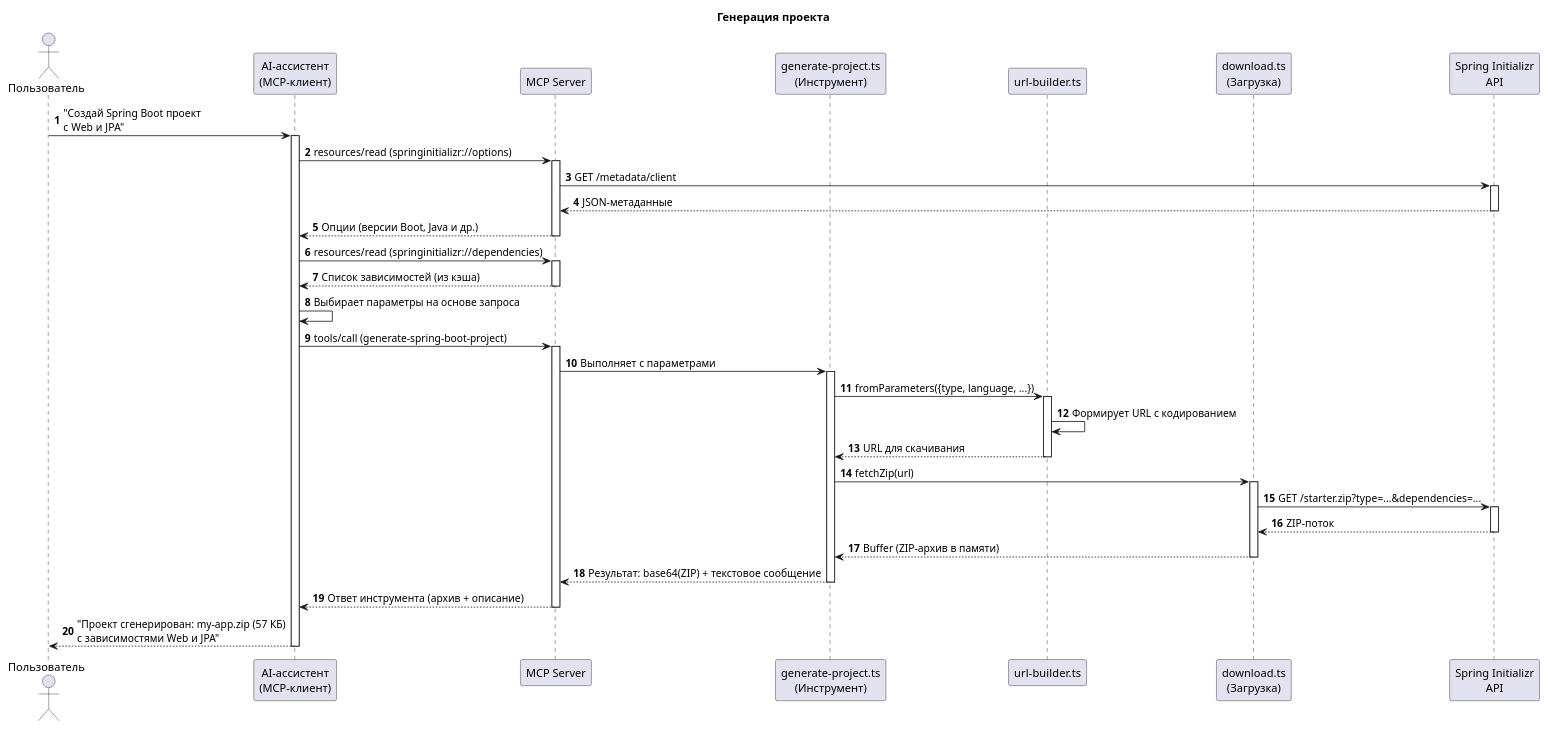
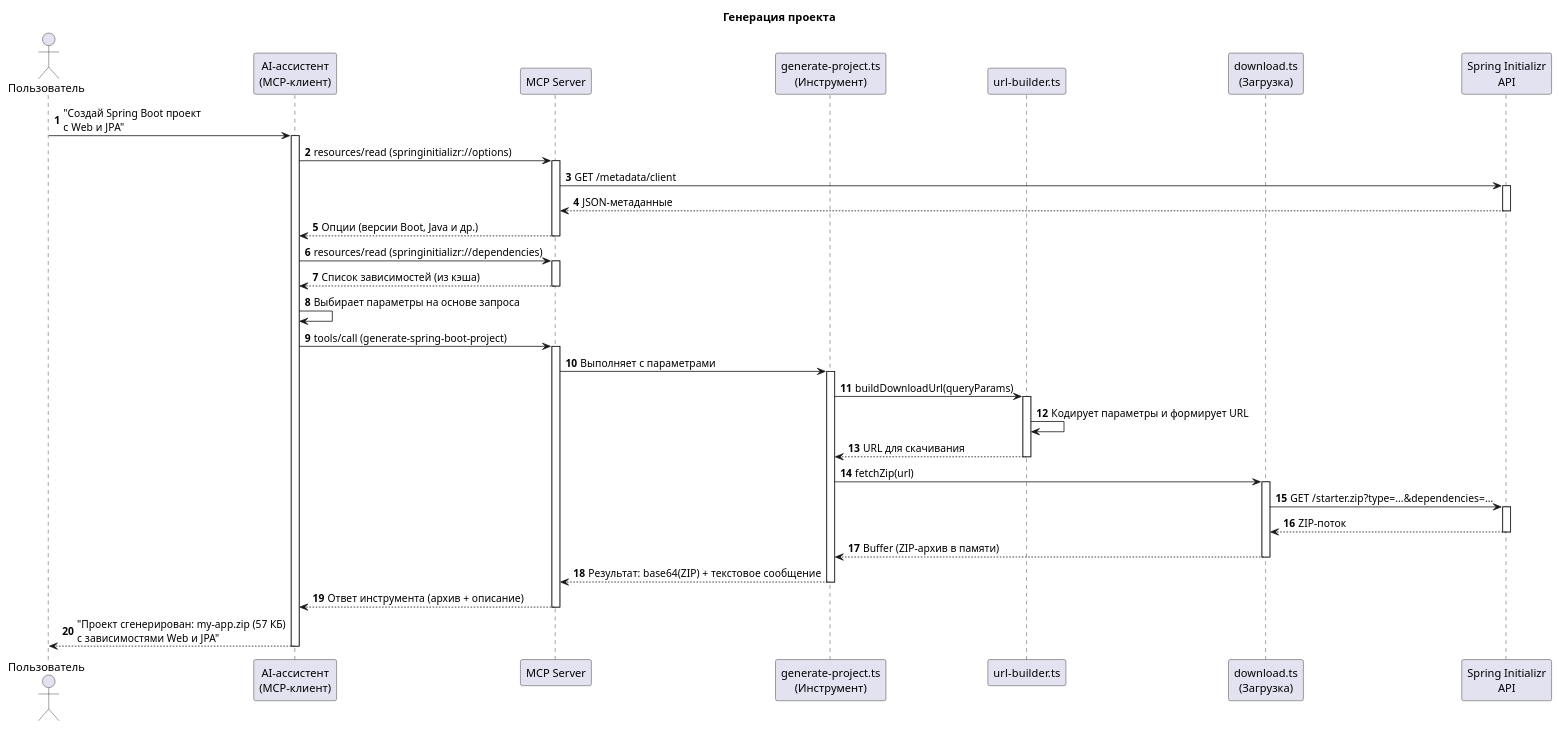
Before and after one commit to MunSunch/springinitializer-mcp: the diagram in docs/diagrams/seq-generate-project.puml, drawn with PlantUML. The commit also changed 18 other files, not shown here.

```diff
--- a/docs/diagrams/seq-generate-project.puml
+++ b/docs/diagrams/seq-generate-project.puml
@@ -1,63 +1,63 @@
 @startuml seq-generate-project
 title Генерация проекта
 
 autonumber
 
 actor "Пользователь" as user
 participant "AI-ассистент\n(MCP-клиент)" as client
 participant "MCP Server" as server
 participant "generate-project.ts\n(Инструмент)" as tool
 participant "url-builder.ts" as builder
 participant "download.ts\n(Загрузка)" as download
 participant "Spring Initializr\nAPI" as api
 
 user -> client : "Создай Spring Boot проект\nс Web и JPA"
 activate client
 
 client -> server : resources/read (springinitializr://options)
 activate server
 server -> api : GET /metadata/client
 activate api
 api --> server : JSON-метаданные
 deactivate api
 server --> client : Опции (версии Boot, Java и др.)
 deactivate server
 
 client -> server : resources/read (springinitializr://dependencies)
 activate server
 server --> client : Список зависимостей (из кэша)
 deactivate server
 
 client -> client : Выбирает параметры на основе запроса
 
 client -> server : tools/call (generate-spring-boot-project)
 activate server
 server -> tool : Выполняет с параметрами
 activate tool
 
-tool -> builder : fromParameters({type, language, ...})
+tool -> builder : buildDownloadUrl(queryParams)
 activate builder
-builder -> builder : Формирует URL с кодированием
+builder -> builder : Кодирует параметры и формирует URL
 builder --> tool : URL для скачивания
 deactivate builder
 
 tool -> download : fetchZip(url)
 activate download
 
 download -> api : GET /starter.zip?type=...&dependencies=...
 activate api
 api --> download : ZIP-поток
 deactivate api
 
 download --> tool : Buffer (ZIP-архив в памяти)
 deactivate download
 
 tool --> server : Результат: base64(ZIP) + текстовое сообщение
 deactivate tool
 server --> client : Ответ инструмента (архив + описание)
 deactivate server
 
 client --> user : "Проект сгенерирован: my-app.zip (57 КБ)\nс зависимостями Web и JPA"
 deactivate client
 
 @enduml
```
